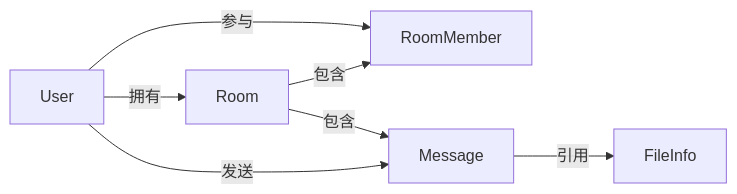
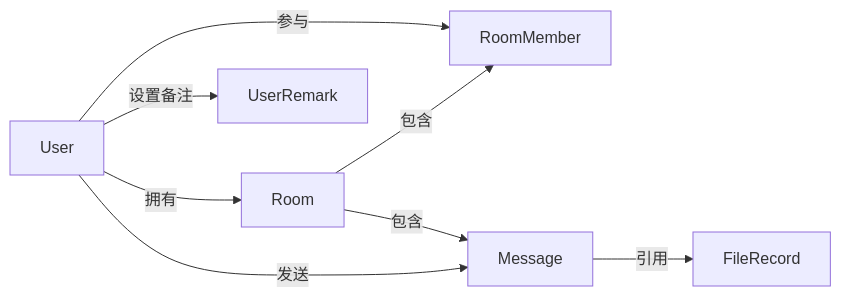
Before and after one commit to HaoDuoYv/websocket_chat: the third of 4 diagrams in Technical_Architecture.md, drawn with Mermaid. The commit also changed other lines of this file and 46 other files, not shown here.

````diff
--- a/Technical_Architecture.md
+++ b/Technical_Architecture.md
@@ -96,9 +156,10 @@
 ```mermaid
 graph LR
     User -- 拥有 --> Room
     User -- 参与 --> RoomMember
     Room -- 包含 --> RoomMember
     Room -- 包含 --> Message
     User -- 发送 --> Message
-    Message -- 引用 --> FileInfo
+    Message -- 引用 --> FileRecord
+    User -- 设置备注 --> UserRemark
 ```
````
